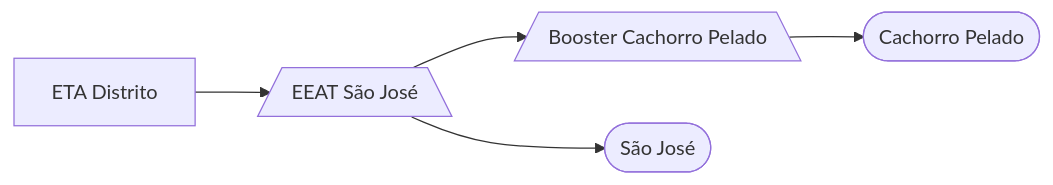
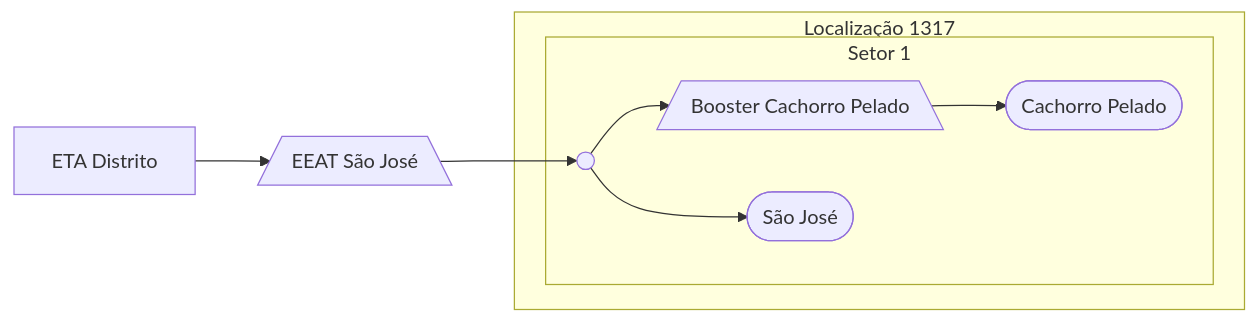
The diagram in ETA Distrito/EEAT São José.md (iagovls/CCO-Documentation), drawn with Mermaid before and after one commit.

Commit message:
Update EEAT São José.md

````diff
--- a/ETA Distrito/EEAT São José.md
+++ b/ETA Distrito/EEAT São José.md
@@ -24,16 +24,22 @@
 ```mermaid
 flowchart LR
         
     ETA["ETA Distrito"] 
     EEATSaoJose[/"EEAT São José"\] 
     BoosterCachorroPelado[/"Booster Cachorro Pelado"\] 
     SaoJose(["São José"]) 
-    CachorroPelado(["Cachorro Pelado"]) 
+    CachorroPelado(["Cachorro Pelado"])
+    A@{ shape: sm-circ, label: "Small start" }
 
-    %% Ligações
-    ETA --> EEATSaoJose
-    EEATSaoJose --> SaoJose
-    EEATSaoJose --> BoosterCachorroPelado
-    BoosterCachorroPelado --> CachorroPelado
+%% São José
+    ETA --> EEATSaoJose    
+    EEATSaoJose --> A
+    subgraph Loc1317 [Localização 1317]
+      subgraph Setor 1
+        A --> SaoJose
+        A --> BoosterCachorroPelado
+        BoosterCachorroPelado --> CachorroPelado
+      end
+    end
         
 ```
````
